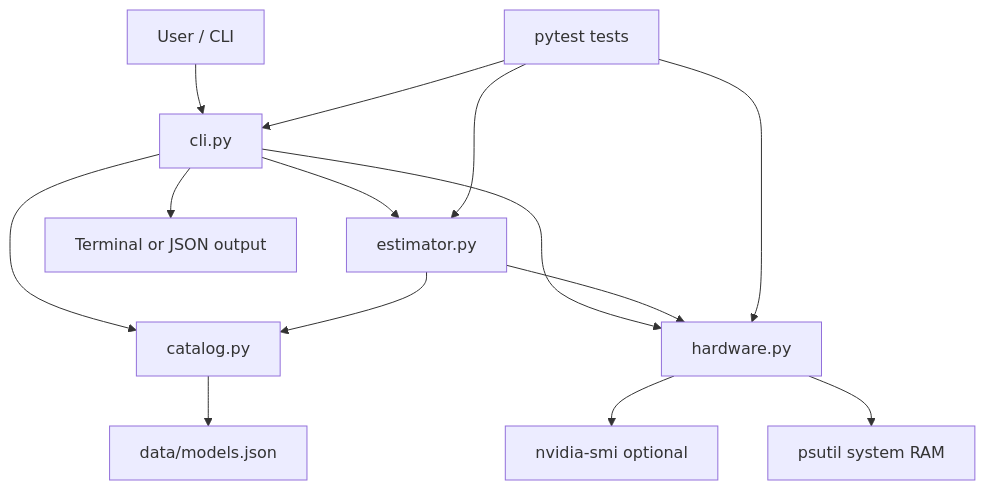
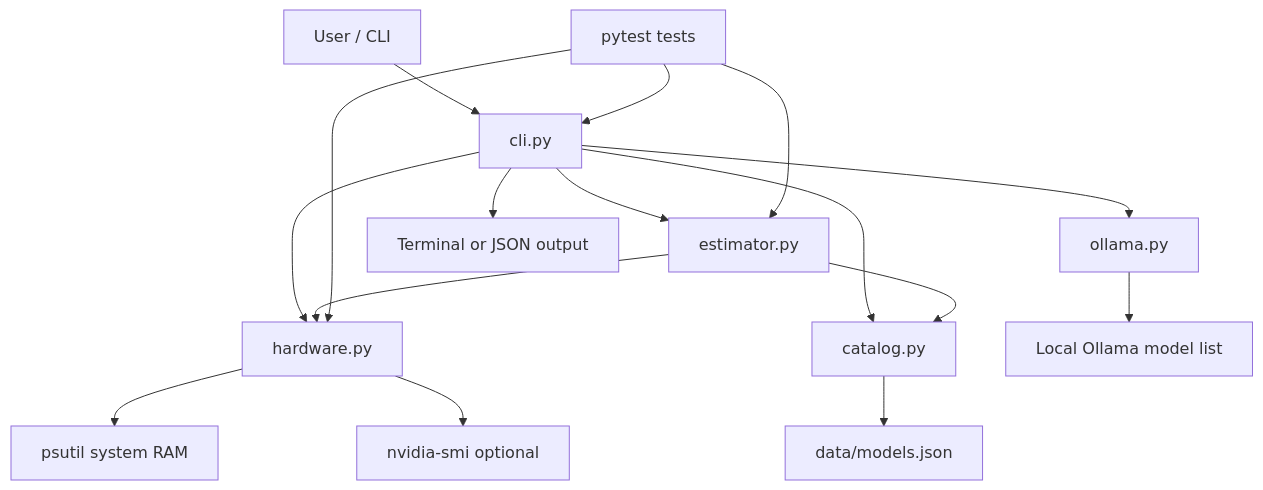
Before and after one commit to Dhruvkp07/ModelFit: the diagram in docs/ARCHITECTURE.md, drawn with Mermaid. The commit also changed other lines of this file and 5 other files, not shown here.

```diff
--- a/docs/ARCHITECTURE.md
+++ b/docs/ARCHITECTURE.md
@@ -5,16 +5,18 @@
 ~~~mermaid
 flowchart TD
     U[User / CLI] --> C[cli.py]
     C --> H[hardware.py]
     C --> L[catalog.py]
+    C --> A[ollama.py]
     C --> E[estimator.py]
     H --> P[psutil system RAM]
     H --> N[nvidia-smi optional]
     L --> J[data/models.json]
+    A --> I[Local Ollama model list]
     E --> H
     E --> L
     C --> O[Terminal or JSON output]
     T[pytest tests] --> C
     T --> H
     T --> E
 ~~~
```
